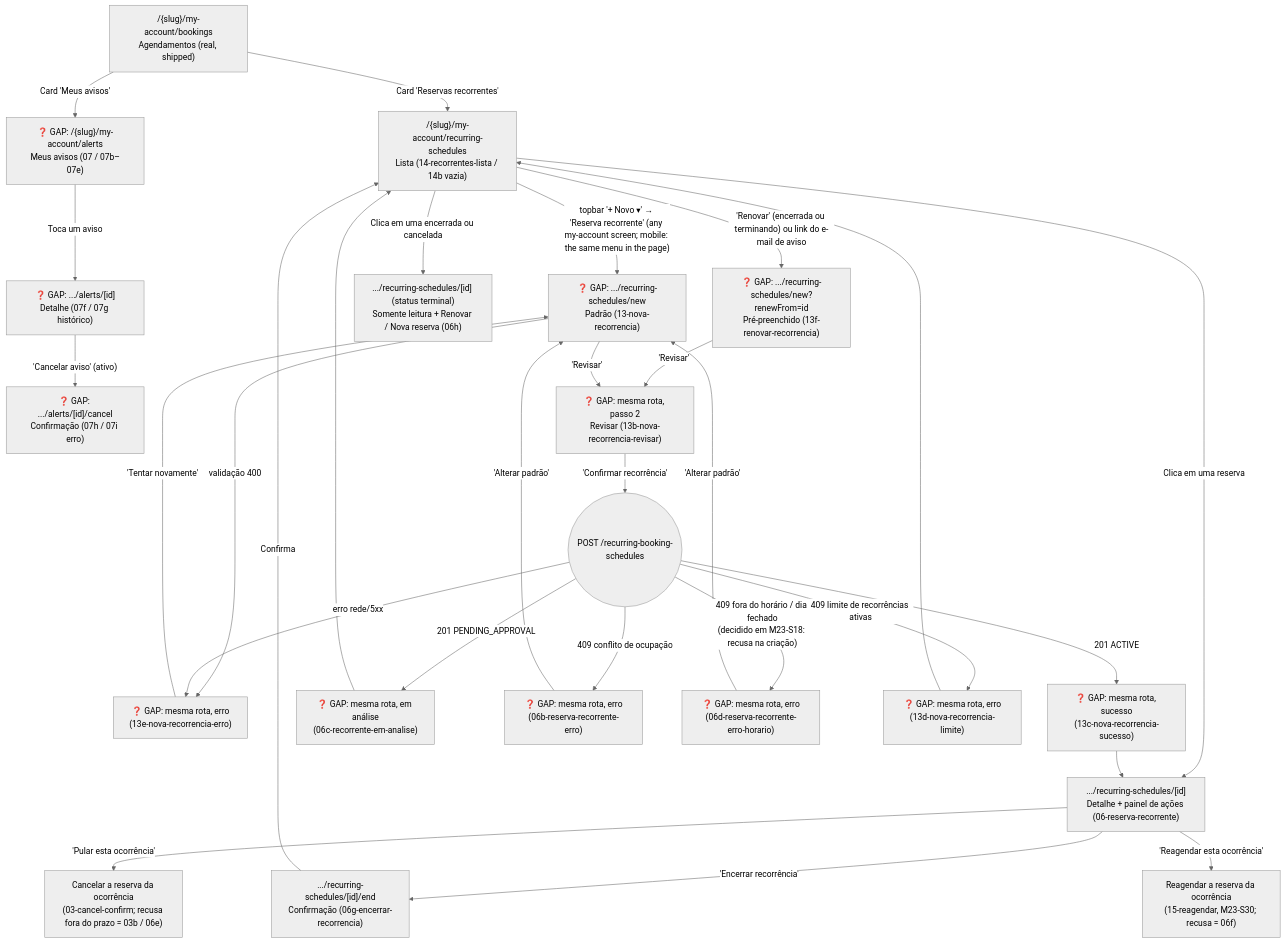
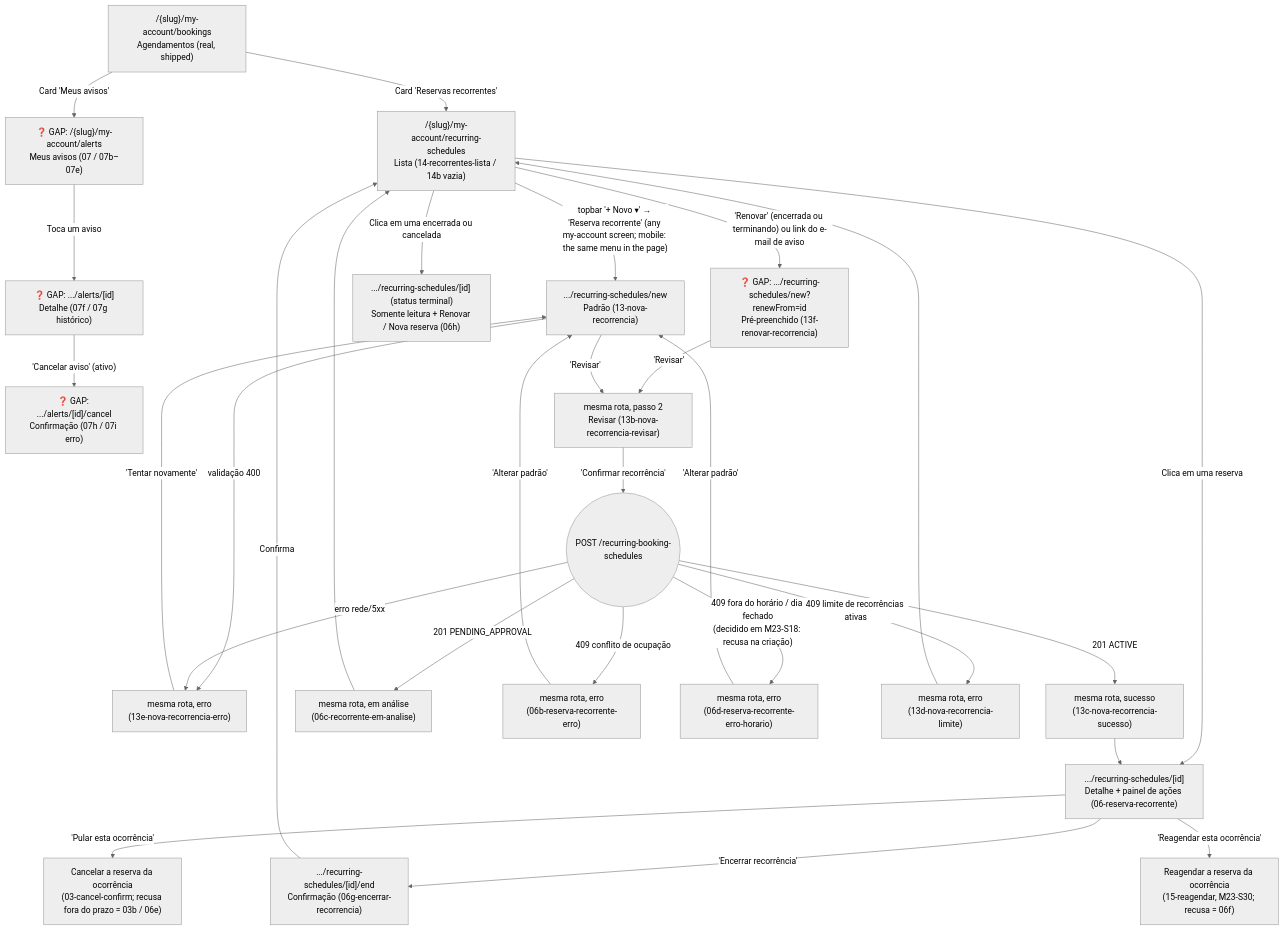
One commit to lmmoreira/ikaro changed the fourth of 4 diagrams in plan/journey/customer/minha-conta.md. Above: the diagram before and after it, drawn with Mermaid (neutral theme). The commit also changed other lines of this file and 64 other files, not shown here.

````diff
--- a/plan/journey/customer/minha-conta.md
+++ b/plan/journey/customer/minha-conta.md
@@ -250,36 +250,36 @@
 ```mermaid
 flowchart TD
     classDef gap stroke:#f00,stroke-dasharray: 5 5,fill:#fee
 
     Agendamentos["/{slug}/my-account/bookings<br/>Agendamentos (real, shipped)"] -->|"Card 'Meus avisos'"| Avisos["❓ GAP: /{slug}/my-account/alerts<br/>Meus avisos (07 / 07b–07e)"]
     Avisos -->|"Toca um aviso"| AvisoDetalhe["❓ GAP: .../alerts/[id]<br/>Detalhe (07f / 07g histórico)"]
     AvisoDetalhe -->|"'Cancelar aviso' (ativo)"| AvisoCancelar["❓ GAP: .../alerts/[id]/cancel<br/>Confirmação (07h / 07i erro)"]
     Agendamentos -->|"Card 'Reservas recorrentes'"| Lista["/{slug}/my-account/recurring-schedules<br/>Lista (14-recorrentes-lista / 14b vazia)"]
-    Lista -->|"topbar '+ Novo ▾' → 'Reserva recorrente' (any my-account screen; mobile: the same menu in the page)"| Padrao["❓ GAP: .../recurring-schedules/new<br/>Padrão (13-nova-recorrencia)"]
+    Lista -->|"topbar '+ Novo ▾' → 'Reserva recorrente' (any my-account screen; mobile: the same menu in the page)"| Padrao[".../recurring-schedules/new<br/>Padrão (13-nova-recorrencia)"]
     Lista -->|"'Renovar' (encerrada ou terminando) ou link do e-mail de aviso"| Renovar["❓ GAP: .../recurring-schedules/new?renewFrom=id<br/>Pré-preenchido (13f-renovar-recorrencia)"]
     Renovar -->|"'Revisar'"| Revisar
     Lista -->|"Clica em uma encerrada ou cancelada"| Terminal[".../recurring-schedules/[id] (status terminal)<br/>Somente leitura + Renovar / Nova reserva (06h)"]
     Lista -->|"Clica em uma reserva"| Gerenciar[".../recurring-schedules/[id]<br/>Detalhe + painel de ações (06-reserva-recorrente)"]
     Gerenciar -->|"'Encerrar recorrência'"| Encerrar[".../recurring-schedules/[id]/end<br/>Confirmação (06g-encerrar-recorrencia)"]
     Encerrar -->|"Confirma"| Lista
     Gerenciar -->|"'Pular esta ocorrência'"| PularOcc["Cancelar a reserva da ocorrência<br/>(03-cancel-confirm; recusa fora do prazo = 03b / 06e)"]
     Gerenciar -->|"'Reagendar esta ocorrência'"| ReagOcc["Reagendar a reserva da ocorrência<br/>(15-reagendar, M23-S30; recusa = 06f)"]
 
-    Padrao -->|"'Revisar'"| Revisar["❓ GAP: mesma rota, passo 2<br/>Revisar (13b-nova-recorrencia-revisar)"]
-    Padrao -->|"validação 400"| ErroForm["❓ GAP: mesma rota, erro<br/>(13e-nova-recorrencia-erro)"]
+    Padrao -->|"'Revisar'"| Revisar["mesma rota, passo 2<br/>Revisar (13b-nova-recorrencia-revisar)"]
+    Padrao -->|"validação 400"| ErroForm["mesma rota, erro<br/>(13e-nova-recorrencia-erro)"]
     Revisar -->|"'Confirmar recorrência'"| Envio(("POST /recurring-booking-schedules"))
 
-    Envio -->|"201 ACTIVE"| Sucesso["❓ GAP: mesma rota, sucesso<br/>(13c-nova-recorrencia-sucesso)"]
-    Envio -->|"201 PENDING_APPROVAL"| Analise["❓ GAP: mesma rota, em análise<br/>(06c-recorrente-em-analise)"]
-    Envio -->|"409 conflito de ocupação"| Conflito["❓ GAP: mesma rota, erro<br/>(06b-reserva-recorrente-erro)"]
-    Envio -->|"409 fora do horário / dia fechado<br/>(decidido em M23-S18: recusa na criação)"| ConflitoHorario["❓ GAP: mesma rota, erro<br/>(06d-reserva-recorrente-erro-horario)"]
-    Envio -->|"409 limite de recorrências ativas"| Limite["❓ GAP: mesma rota, erro<br/>(13d-nova-recorrencia-limite)"]
+    Envio -->|"201 ACTIVE"| Sucesso["mesma rota, sucesso<br/>(13c-nova-recorrencia-sucesso)"]
+    Envio -->|"201 PENDING_APPROVAL"| Analise["mesma rota, em análise<br/>(06c-recorrente-em-analise)"]
+    Envio -->|"409 conflito de ocupação"| Conflito["mesma rota, erro<br/>(06b-reserva-recorrente-erro)"]
+    Envio -->|"409 fora do horário / dia fechado<br/>(decidido em M23-S18: recusa na criação)"| ConflitoHorario["mesma rota, erro<br/>(06d-reserva-recorrente-erro-horario)"]
+    Envio -->|"409 limite de recorrências ativas"| Limite["mesma rota, erro<br/>(13d-nova-recorrencia-limite)"]
     Envio -->|"erro rede/5xx"| ErroForm
 
     Sucesso --> Gerenciar
     Analise --> Lista
     Conflito -->|"'Alterar padrão'"| Padrao
     ConflitoHorario -->|"'Alterar padrão'"| Padrao
     Limite --> Lista
     ErroForm -->|"'Tentar novamente'"| Padrao
 ```
````
